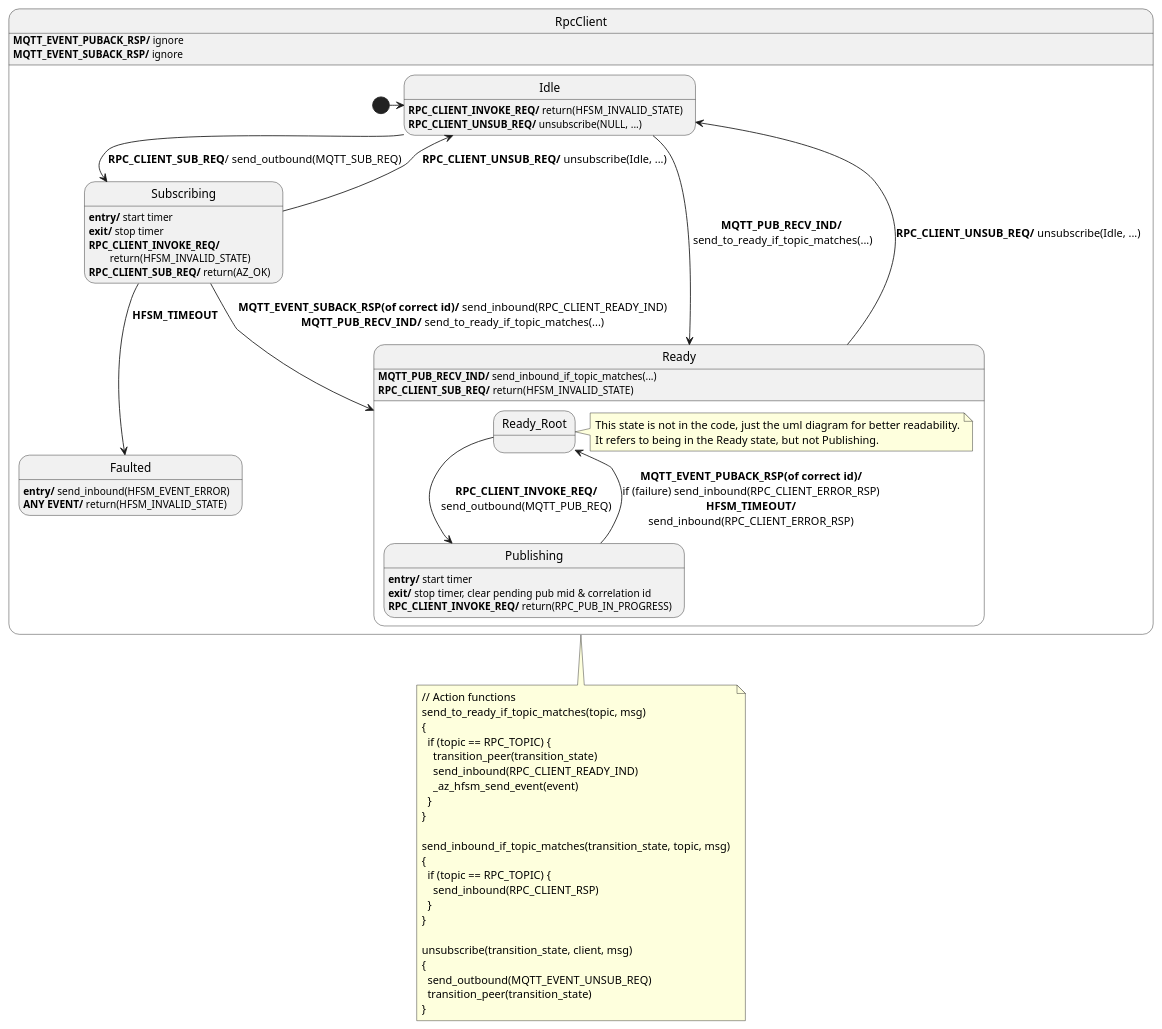
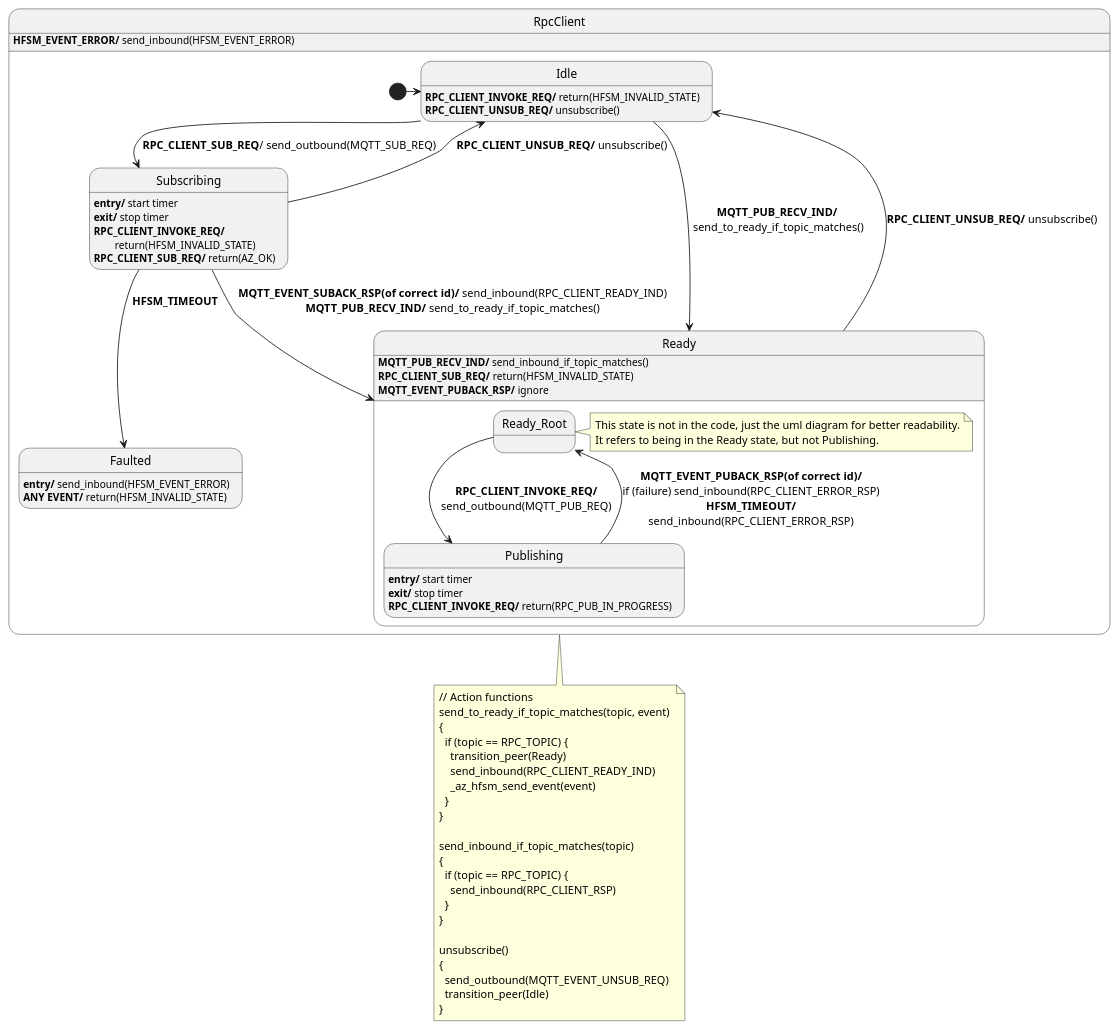
The diagram in sdk/docs/core/rpc_client.puml (Azure/azure-sdk-for-c), drawn with PlantUML before and after one commit. The commit also changed 11 other files, not shown here.

```diff
--- a/sdk/docs/core/rpc_client.puml
+++ b/sdk/docs/core/rpc_client.puml
@@ -1,77 +1,76 @@
 @startuml
 ' ignore these as handled outside of this diagram: MQTT_EVENT_CONNECT_REQ, MQTT_EVENT_CONNECT_RSP, MQTT_EVENT_DISCONNECT_REQ, MQTT_EVENT_DISCONNECT_RSP
 ' Assumptions:
 ' 0. Unknown events are forwarded (in their original direction, either inbound or outbound).
 ' 1. If RPC_CLIENT_READY_IND hasn't already been sent, RPC_CLIENT_SUB_REQ is guaranteed to respond with either RPC_CLIENT_READY_IND, or HFSM_EVENT_ERROR if the subscribe request timed out.
-' 2. RPC_CLIENT_READY_IND will not be sent more than once unless the client unsubscribes or gets disconnected
-' 3. RPC_CLIENT_INVOKE_REQ is guaranteed to respond with MQTT_EVENT_PUBACK_RSP if the API call succeeds (?)
-' 4. send_inbound, send_outbound are used to send information to the app and network respectively.
+' 2. RPC_CLIENT_READY_IND will not be sent more than once unless the client unsubscribes or gets unsubscribed.
+' 3. send_inbound, send_outbound are used to send information to the app and network respectively.
 
 state RpcClient {
   state Idle
   Idle : <b>RPC_CLIENT_INVOKE_REQ/</b> return(HFSM_INVALID_STATE)
-  Idle : <b>RPC_CLIENT_UNSUB_REQ/</b> unsubscribe(NULL, ...)
+  Idle : <b>RPC_CLIENT_UNSUB_REQ/</b> unsubscribe()
 
   state Faulted
   Faulted : <b>entry/</b> send_inbound(HFSM_EVENT_ERROR)
   Faulted : <b>ANY EVENT/</b> return(HFSM_INVALID_STATE)
     
   state Subscribing
   Subscribing : <b>entry/</b> start timer
   Subscribing : <b>exit/</b> stop timer
   Subscribing : <b>RPC_CLIENT_INVOKE_REQ/</b>\n\treturn(HFSM_INVALID_STATE)
   Subscribing : <b>RPC_CLIENT_SUB_REQ/</b> return(AZ_OK) 
   
   state Ready {
     state Ready_Root
     note right of Ready_Root
       This state is not in the code, just the uml diagram for better readability.
       It refers to being in the Ready state, but not Publishing.
     end note
     state Publishing
     Publishing : <b>entry/</b> start timer
-    Publishing : <b>exit/</b> stop timer, clear pending pub mid & correlation id
+    Publishing : <b>exit/</b> stop timer
     Publishing : <b>RPC_CLIENT_INVOKE_REQ/</b> return(RPC_PUB_IN_PROGRESS)
 
     Ready_Root -> Publishing : <b>RPC_CLIENT_INVOKE_REQ/</b>\nsend_outbound(MQTT_PUB_REQ)
     Publishing --> Ready_Root : <b>MQTT_EVENT_PUBACK_RSP(of correct id)/</b>\nif (failure) send_inbound(RPC_CLIENT_ERROR_RSP)\n<b>HFSM_TIMEOUT/</b>\nsend_inbound(RPC_CLIENT_ERROR_RSP)
   }
-  Ready : <b>MQTT_PUB_RECV_IND/</b> send_inbound_if_topic_matches(...)
+  Ready : <b>MQTT_PUB_RECV_IND/</b> send_inbound_if_topic_matches()
   Ready : <b>RPC_CLIENT_SUB_REQ/</b> return(HFSM_INVALID_STATE)
+  Ready : <b>MQTT_EVENT_PUBACK_RSP/</b> ignore
 
   [*] -> Idle
   Idle --> Subscribing : <b>RPC_CLIENT_SUB_REQ</b>/ send_outbound(MQTT_SUB_REQ)
-  Idle --> Ready : <b>MQTT_PUB_RECV_IND/</b>\n send_to_ready_if_topic_matches(...)
+  Idle --> Ready : <b>MQTT_PUB_RECV_IND/</b>\n send_to_ready_if_topic_matches()
   Subscribing --> Faulted : <b>HFSM_TIMEOUT</b>
-  Subscribing --> Ready : <b>MQTT_EVENT_SUBACK_RSP(of correct id)/</b> send_inbound(RPC_CLIENT_READY_IND)\n<b>MQTT_PUB_RECV_IND/</b> send_to_ready_if_topic_matches(...)
-  Ready --> Idle : <b>RPC_CLIENT_UNSUB_REQ/</b> unsubscribe(Idle, ...)
-  Subscribing --> Idle : <b>RPC_CLIENT_UNSUB_REQ/</b> unsubscribe(Idle, ...)
+  Subscribing --> Ready : <b>MQTT_EVENT_SUBACK_RSP(of correct id)/</b> send_inbound(RPC_CLIENT_READY_IND)\n<b>MQTT_PUB_RECV_IND/</b> send_to_ready_if_topic_matches()
+  Ready --> Idle : <b>RPC_CLIENT_UNSUB_REQ/</b> unsubscribe()
+  Subscribing --> Idle : <b>RPC_CLIENT_UNSUB_REQ/</b> unsubscribe()
 
 }
-RpcClient : <b>MQTT_EVENT_PUBACK_RSP/</b> ignore
-RpcClient : <b>MQTT_EVENT_SUBACK_RSP/</b> ignore
+RpcClient : <b>HFSM_EVENT_ERROR/</b> send_inbound(HFSM_EVENT_ERROR)
 note bottom of RpcClient
   // Action functions
-  send_to_ready_if_topic_matches(topic, msg) 
+  send_to_ready_if_topic_matches(topic, event) 
   {
     if (topic == RPC_TOPIC) {
-      transition_peer(transition_state)
+      transition_peer(Ready)
       send_inbound(RPC_CLIENT_READY_IND)
       _az_hfsm_send_event(event)
     }
   }
 
-  send_inbound_if_topic_matches(transition_state, topic, msg) 
+  send_inbound_if_topic_matches(topic) 
   {
     if (topic == RPC_TOPIC) {
       send_inbound(RPC_CLIENT_RSP)
     }
   }
 
-  unsubscribe(transition_state, client, msg) 
+  unsubscribe() 
   {
     send_outbound(MQTT_EVENT_UNSUB_REQ)
-    transition_peer(transition_state)
+    transition_peer(Idle)
   }
 end note
 @enduml
```
